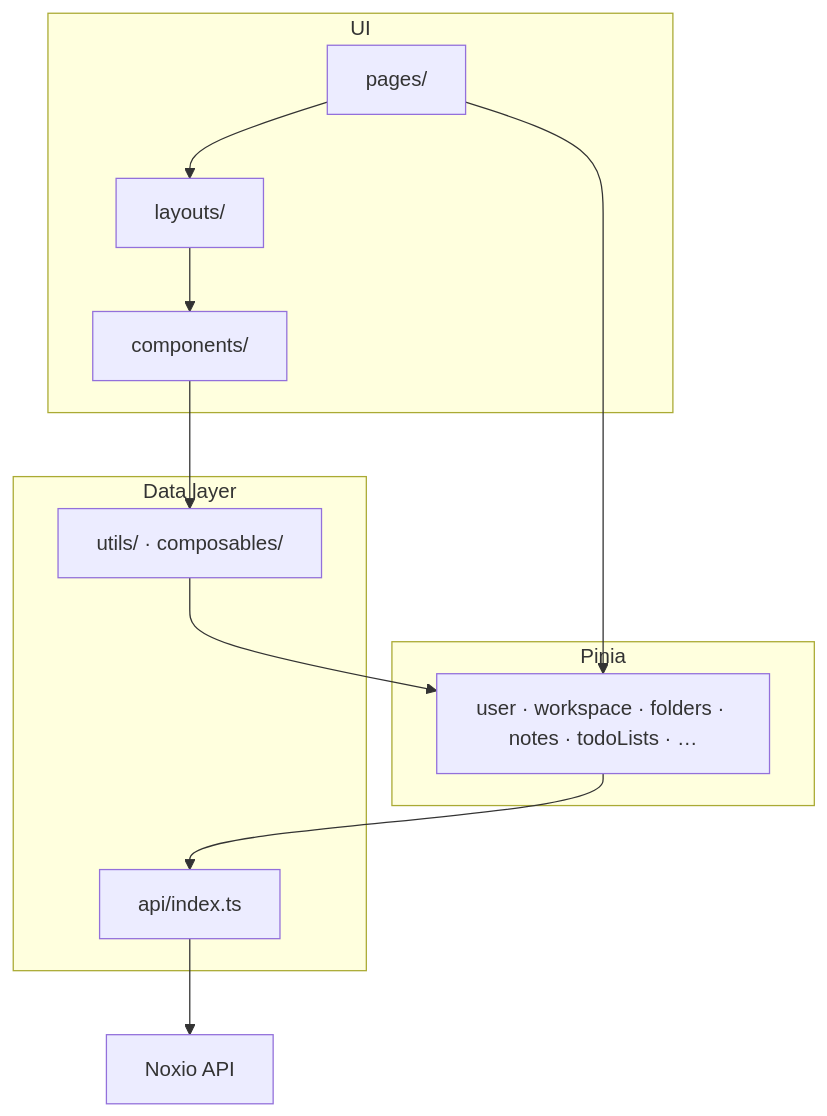
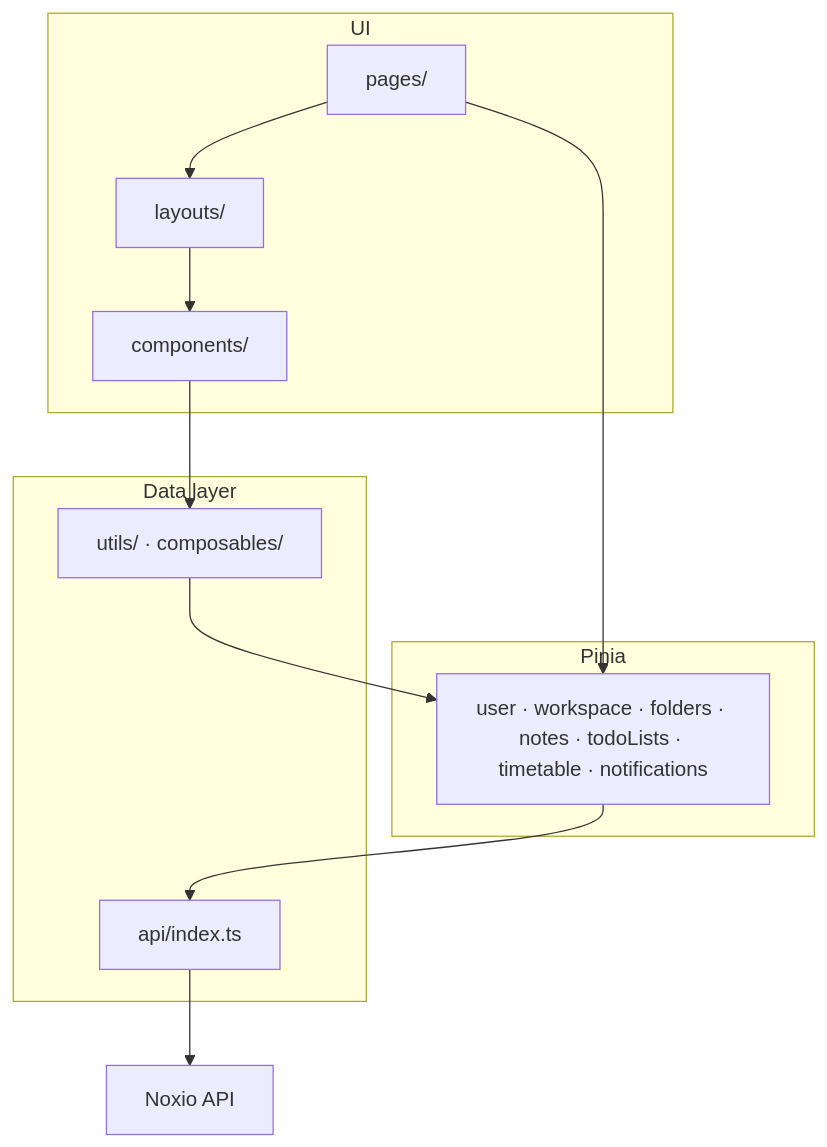
One commit to kerzo1x/Noxio-FE changed the diagram in README.md. Above: the diagram before and after it, drawn with Mermaid. The commit also changed other lines of this file and 2 other files, not shown here.

````diff
--- a/README.md
+++ b/README.md
@@ -53,22 +55,22 @@
 ```mermaid
 flowchart TB
   subgraph UI["UI"]
     Pages["pages/"]
     Layouts["layouts/"]
     Components["components/"]
   end
 
   subgraph State["Pinia"]
-    Stores["user · workspace · folders · notes · todoLists · …"]
+    Stores["user · workspace · folders · notes · todoLists · timetable · notifications"]
   end
 
   subgraph Data["Data layer"]
     API["api/index.ts"]
     Utils["utils/ · composables/"]
   end
 
   Pages --> Layouts --> Components
   Pages --> Stores
   Components --> Utils --> Stores --> API
   API --> Backend["Noxio API"]
 ```
````
